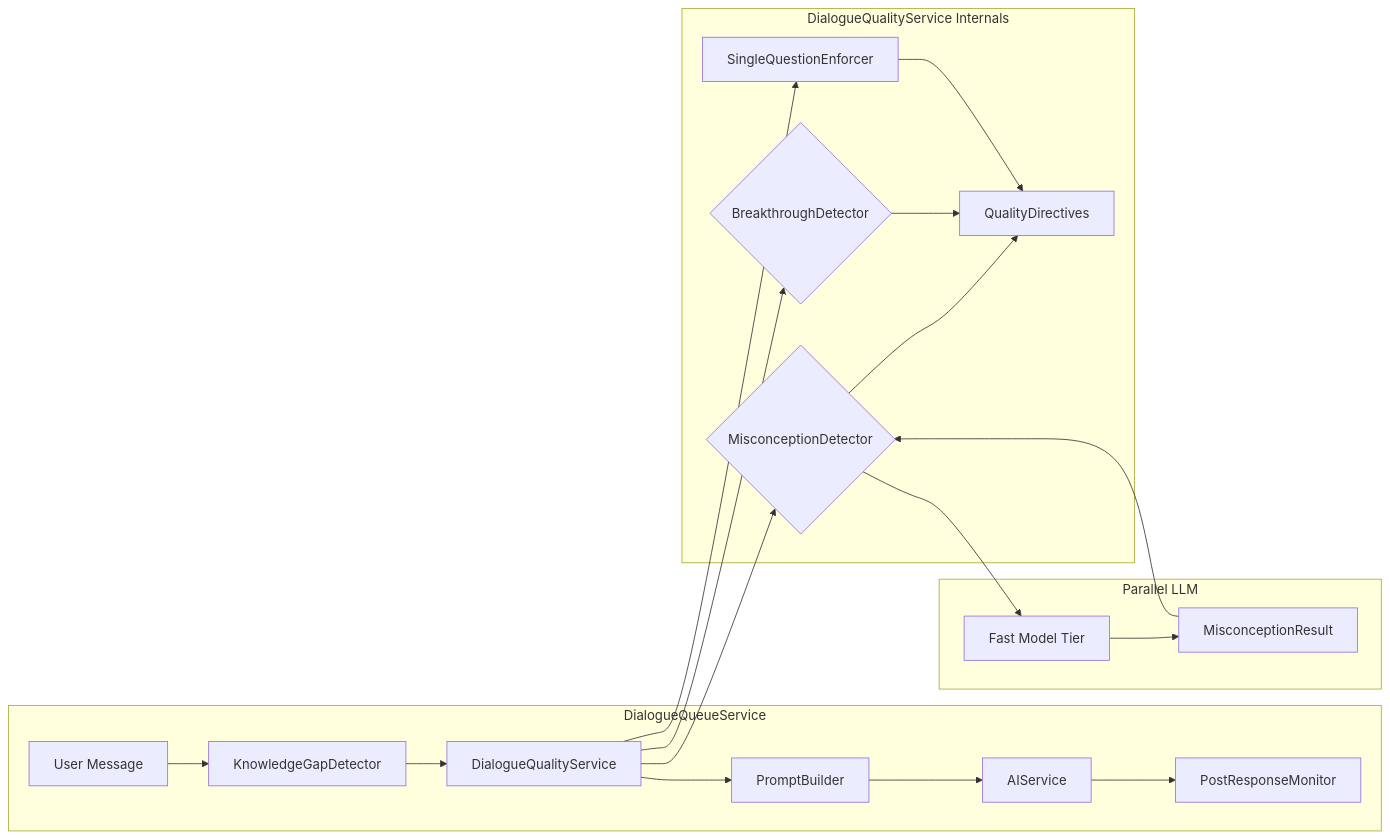
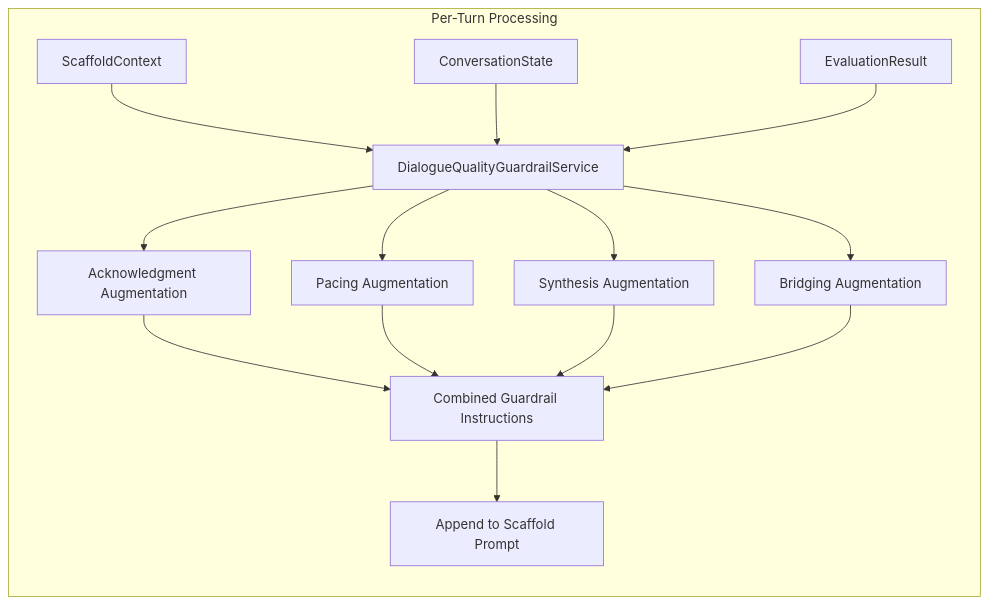
One commit to shettydev/mukti changed the second of 5 diagrams in docs/rfcs/active/rfc-0004-socratic-dialogue-quality-guardrails/index.md. Above: the diagram before and after it, drawn with Mermaid. The commit also changed other lines of this file and 1 other file, not shown here.

First line of the commit message:
docs(rfc): Refine dialogue quality guardrails RFC

````diff
--- a/docs/rfcs/active/rfc-0004-socratic-dialogue-quality-guardrails/index.md
+++ b/docs/rfcs/active/rfc-0004-socratic-dialogue-quality-guardrails/index.md
@@ -126,25 +140,20 @@
 ```mermaid
 graph LR
-    subgraph "DialogueQueueService"
-        A[User Message] --> B[KnowledgeGapDetector]
-        B --> C[DialogueQualityService]
-        C --> D[PromptBuilder]
-        D --> E[AIService]
-        E --> F[PostResponseMonitor]
-    end
+    subgraph "Per-Turn Processing"
+        A[ScaffoldContext] --> B[DialogueQualityGuardrailService]
+        C[ConversationState] --> B
+        D[EvaluationResult] --> B
 
-    subgraph "DialogueQualityService Internals"
-        C --> G{MisconceptionDetector}
-        C --> H{BreakthroughDetector}
-        C --> I[SingleQuestionEnforcer]
-        G --> J[QualityDirectives]
-        H --> J
-        I --> J
-    end
+        B --> E[Acknowledgment Augmentation]
+        B --> F[Pacing Augmentation]
+        B --> G[Synthesis Augmentation]
+        B --> H[Bridging Augmentation]
 
-    subgraph "Parallel LLM"
-        G --> K[Fast Model Tier]
-        K --> L[MisconceptionResult]
-        L --> G
+        E --> I[Combined Guardrail Instructions]
+        F --> I
+        G --> I
+        H --> I
+
+        I --> J[Append to Scaffold Prompt]
     end
 ```
````
